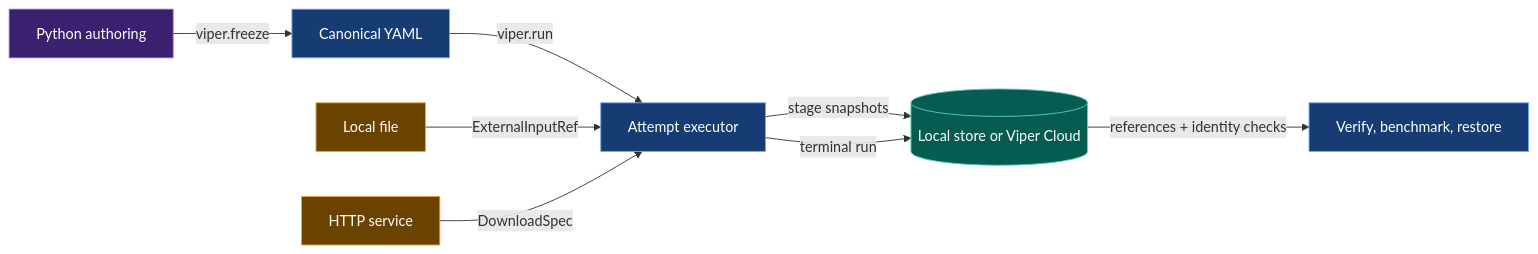
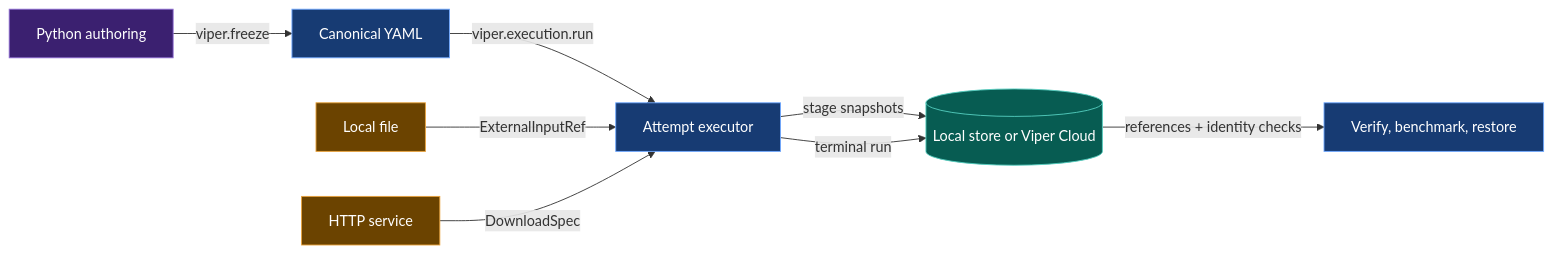
Before and after one commit to pvd232/viper: the diagram in docs/development/master-execution-checklist.md, drawn with Mermaid. The commit also changed other lines of this file and 9 other files, not shown here.

````diff
--- a/docs/development/master-execution-checklist.md
+++ b/docs/development/master-execution-checklist.md
@@ -82,20 +107,20 @@
 ```mermaid
 flowchart LR
     Author["Python authoring"] -->|"viper.freeze"| Frozen["Canonical YAML"]
-    Frozen -->|"viper.run"| Runner["Attempt executor"]
+    Frozen -->|"viper.execution.run"| Runner["Attempt executor"]
     Local["Local file"] -->|"ExternalInputRef"| Runner
     HTTP["HTTP service"] -->|"DownloadSpec"| Runner
     Runner -->|"stage snapshots"| Storage[("Local store or Viper Cloud")]
     Runner -->|"terminal run"| Storage
     Storage -->|"references + identity checks"| Verify["Verify, benchmark, restore"]
 
     classDef author fill:#3b2070,color:#fff,stroke:#8d6bd1
     classDef evidence fill:#173b73,color:#fff,stroke:#6fa8ff
     classDef external fill:#6b4300,color:#fff,stroke:#e9a23b
     classDef store fill:#075c52,color:#fff,stroke:#55cfc0
 
     class Author author
     class Frozen,Runner,Verify evidence
     class Local,HTTP external
     class Storage store
 ```
````
